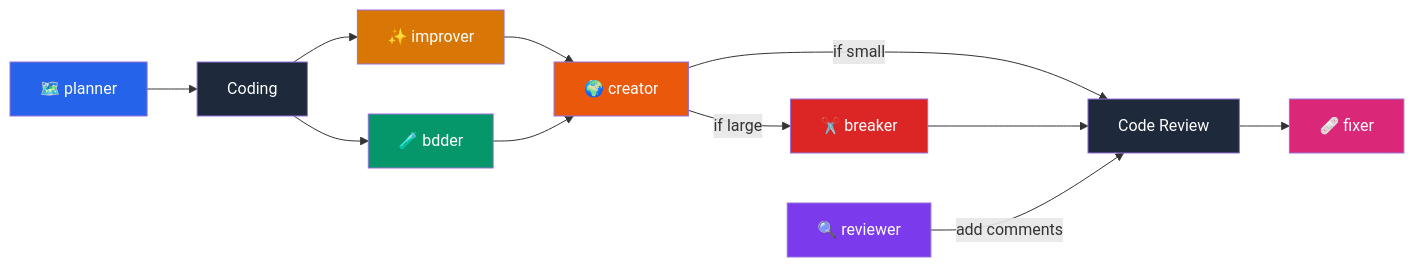
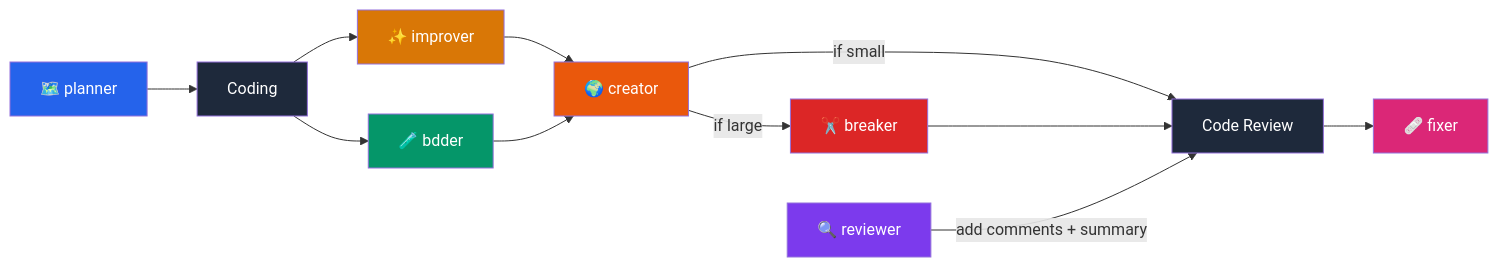
One commit to Victorcorcos/skills changed the diagram in README.md. Above: the diagram before and after it, drawn with Mermaid. The commit also changed other lines of this file and 2 other files, not shown here.

Commit message:
Improver the `reviewer` skill toa ctually reject the PR and post summary IF DEVELOPER WANT

````diff
--- a/README.md
+++ b/README.md
@@ -55,23 +55,23 @@
 ```mermaid
 flowchart LR
     A[🗺️ planner] --> B[Coding]
     B --> C[✨ improver]
     B --> D[🧪 bdder]
     C --> E[🌍 creator]
     D --> E[🌍 creator]
     E -->|if small| F[Code Review]
     E -->|if large| G[✂️ breaker]
     G --> F
-    I[🔍 reviewer] -->|add comments| F
+    I[🔍 reviewer] -->|add comments + summary| F
     F --> H[🩹 fixer]
 
     style A fill:#2563EB,color:#fff
     style C fill:#D97706,color:#fff
     style D fill:#059669,color:#fff
     style E fill:#EA580C,color:#fff
     style F fill:#1e293b,color:#fff
     style G fill:#DC2626,color:#fff
     style H fill:#DB2777,color:#fff
     style I fill:#7C3AED,color:#fff
     style B fill:#1e293b,color:#fff
 ```
````
